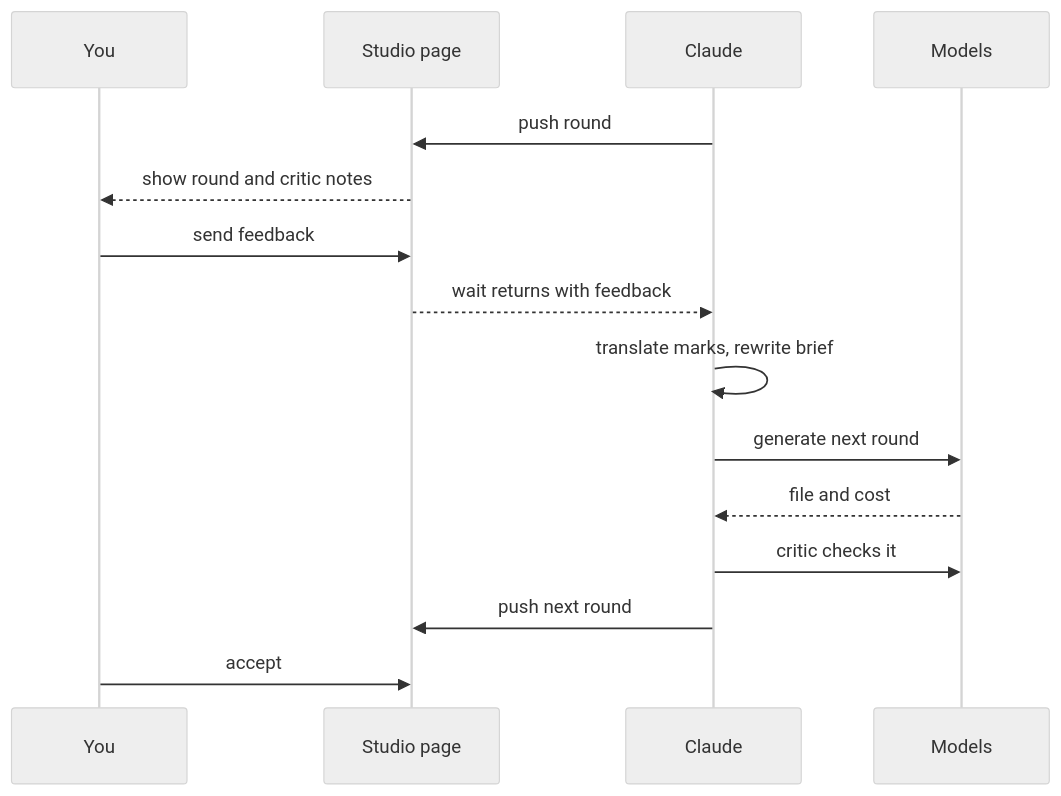
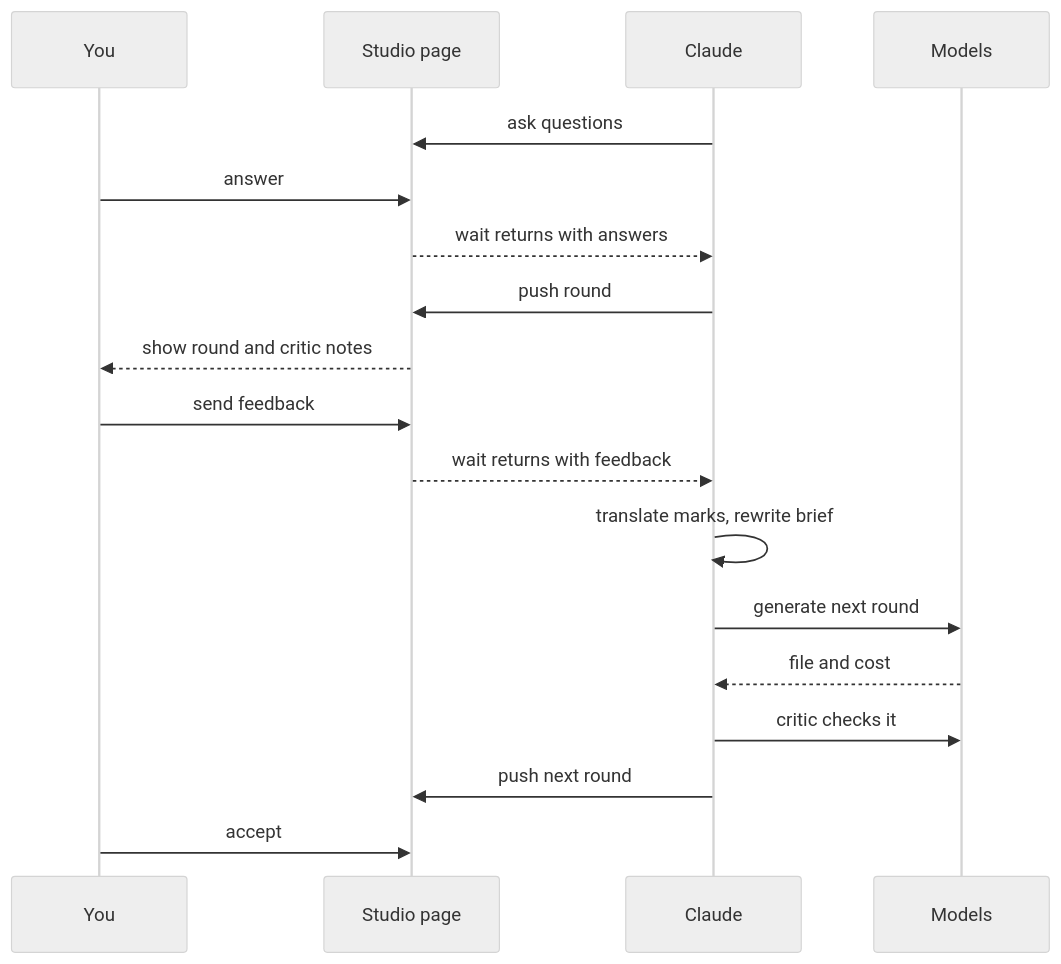
Before and after one commit to dimitritholen/clouter: the second of 2 diagrams in README.md, drawn with Mermaid (neutral theme). The commit also changed other lines of this file and 8 other files, not shown here.

````diff
--- a/README.md
+++ b/README.md
@@ -78,18 +84,21 @@
 ```mermaid
 sequenceDiagram
     participant You
     participant Studio as Studio page
     participant Claude
     participant Models
 
+    Claude->>Studio: ask questions
+    You->>Studio: answer
+    Studio-->>Claude: wait returns with answers
     Claude->>Studio: push round
     Studio-->>You: show round and critic notes
     You->>Studio: send feedback
     Studio-->>Claude: wait returns with feedback
     Claude->>Claude: translate marks, rewrite brief
     Claude->>Models: generate next round
     Models-->>Claude: file and cost
     Claude->>Models: critic checks it
     Claude->>Studio: push next round
     You->>Studio: accept
 ```
````
